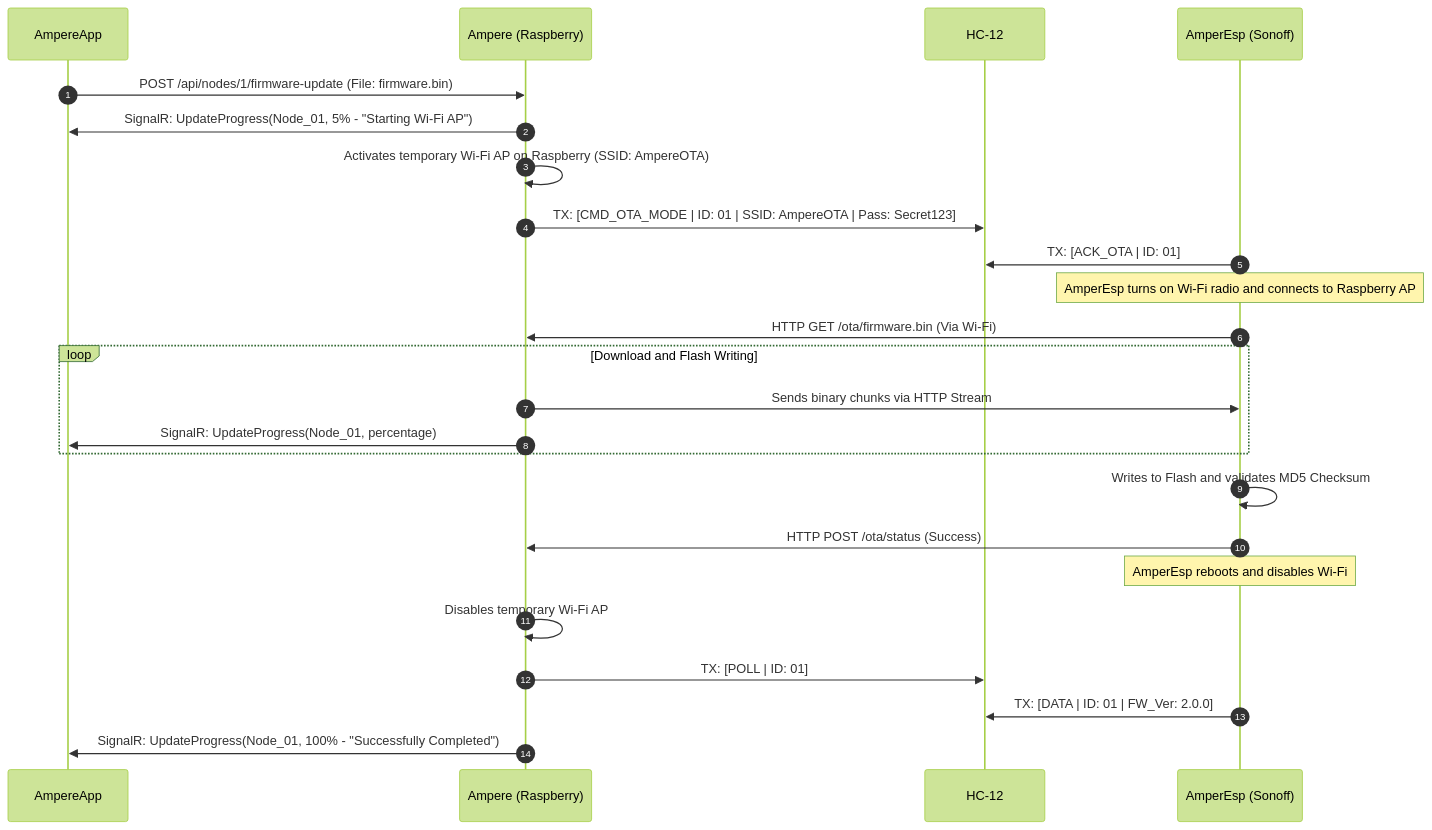
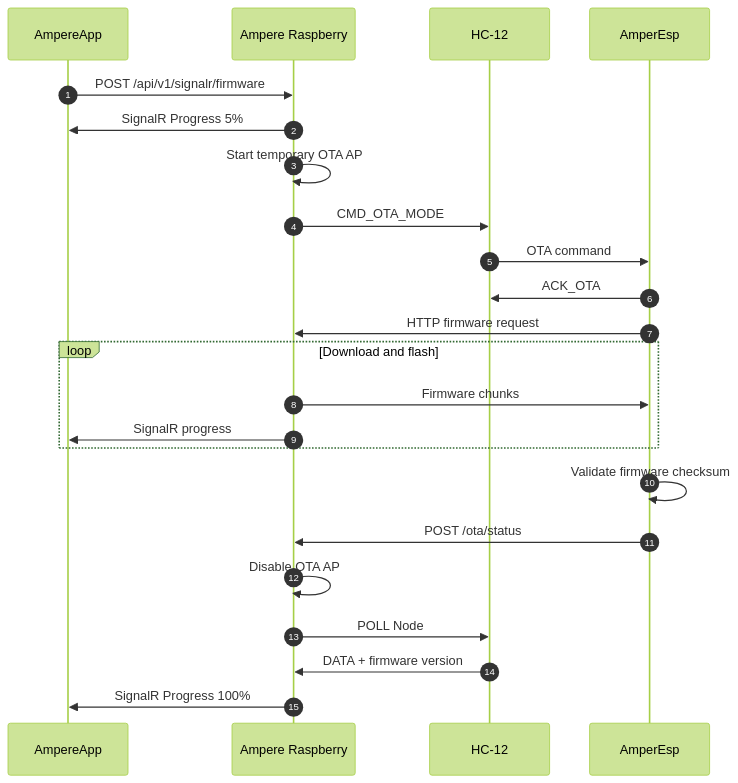
Before and after one commit to remotecodehub/Ampere: the fifth of 5 diagrams in docs/project-architecture.md, drawn with Mermaid (forest theme). The commit also changed other lines of this file, not shown here.

Commit message:
docs: replace MQTT flows with SignalR and RF

````diff
--- a/docs/project-architecture.md
+++ b/docs/project-architecture.md
@@ -373,35 +335,28 @@
 ```mermaid
 sequenceDiagram
     autonumber
     participant App as AmpereApp
-    participant Server as Ampere (Raspberry)
+    participant Server as Ampere Raspberry
     participant RF as HC-12
-    participant Node as AmperEsp (Sonoff)
+    participant Node as AmperEsp
 
-App->>Server: POST /api/nodes/1/firmware-update (File: firmware.bin)
-Server->>App: SignalR: UpdateProgress(Node_01, 5% - "Starting Wi-Fi AP")
+    App->>Server: POST /api/v1/signalr/firmware
+    Server->>App: SignalR Progress 5%
+    Server->>Server: Start temporary OTA AP
+    Server->>RF: CMD_OTA_MODE
+    RF->>Node: OTA command
+    Node->>RF: ACK_OTA
+    Node->>Server: HTTP firmware request
 
-Server->>Server: Activates temporary Wi-Fi AP on Raspberry (SSID: AmpereOTA)
+    loop Download and flash
+        Server->>Node: Firmware chunks
+        Server->>App: SignalR progress
+    end
 
-Server->>RF: TX: [CMD_OTA_MODE | ID: 01 | SSID: AmpereOTA | Pass: Secret123]
-Node->>RF: TX: [ACK_OTA | ID: 01]
-
-Note over Node: AmperEsp turns on Wi-Fi radio and connects to Raspberry AP
-
-Node->>Server: HTTP GET /ota/firmware.bin (Via Wi-Fi)
-
-loop Download and Flash Writing
-Server->>Node: Sends binary chunks via HTTP Stream
-Server->>App: SignalR: UpdateProgress(Node_01, percentage)
-end
-
-Node->>Node: Writes to Flash and validates MD5 Checksum
-Node->>Server: HTTP POST /ota/status (Success)
-
-Note over Node: AmperEsp reboots and disables Wi-Fi
-Server->>Server: Disables temporary Wi-Fi AP
-
-Server->>RF: TX: [POLL | ID: 01]
-Node->>RF: TX: [DATA | ID: 01 | FW_Ver: 2.0.0]
-Server->>App: SignalR: UpdateProgress(Node_01, 100% - "Successfully Completed")
-``` 
+    Node->>Node: Validate firmware checksum
+    Node->>Server: POST /ota/status
+    Server->>Server: Disable OTA AP
+    Server->>RF: POLL Node
+    RF->>Server: DATA + firmware version
+    Server->>App: SignalR Progress 100%
+```
````
